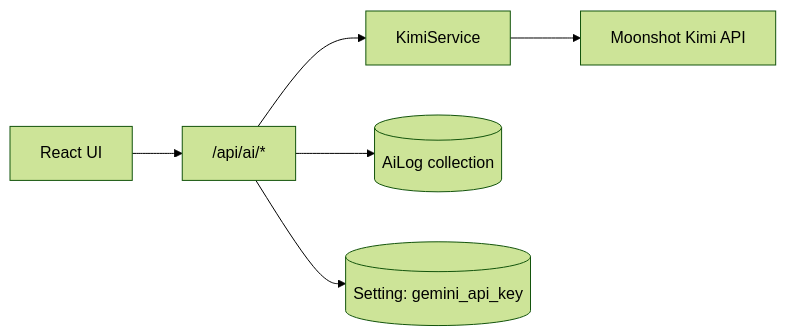
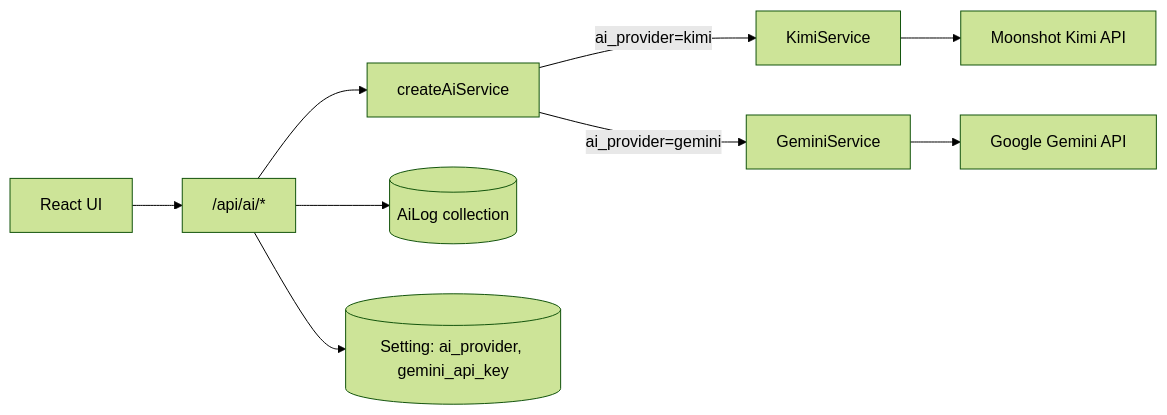
Before and after one commit to clt-ai-layer/in-the-flow: the diagram in docs/reference/05-AI-Capabilities.md, drawn with Mermaid (forest theme). The commit also changed other lines of this file and 47 other files, not shown here.

````diff
--- a/docs/reference/05-AI-Capabilities.md
+++ b/docs/reference/05-AI-Capabilities.md
@@ -13,8 +13,11 @@
 ```mermaid
 flowchart LR
     UI[React UI] --> API["/api/ai/*"]
-    API --> KS[KimiService]
+    API --> Factory[createAiService]
+    Factory -->|ai_provider=kimi| KS[KimiService]
+    Factory -->|ai_provider=gemini| GS[GeminiService]
     KS --> Kimi[Moonshot Kimi API]
+    GS --> Gemini[Google Gemini API]
     API --> Log[(AiLog collection)]
-    API --> Settings[(Setting: gemini_api_key)]
+    API --> Settings[(Setting: ai_provider, gemini_api_key)]
 ```
````
